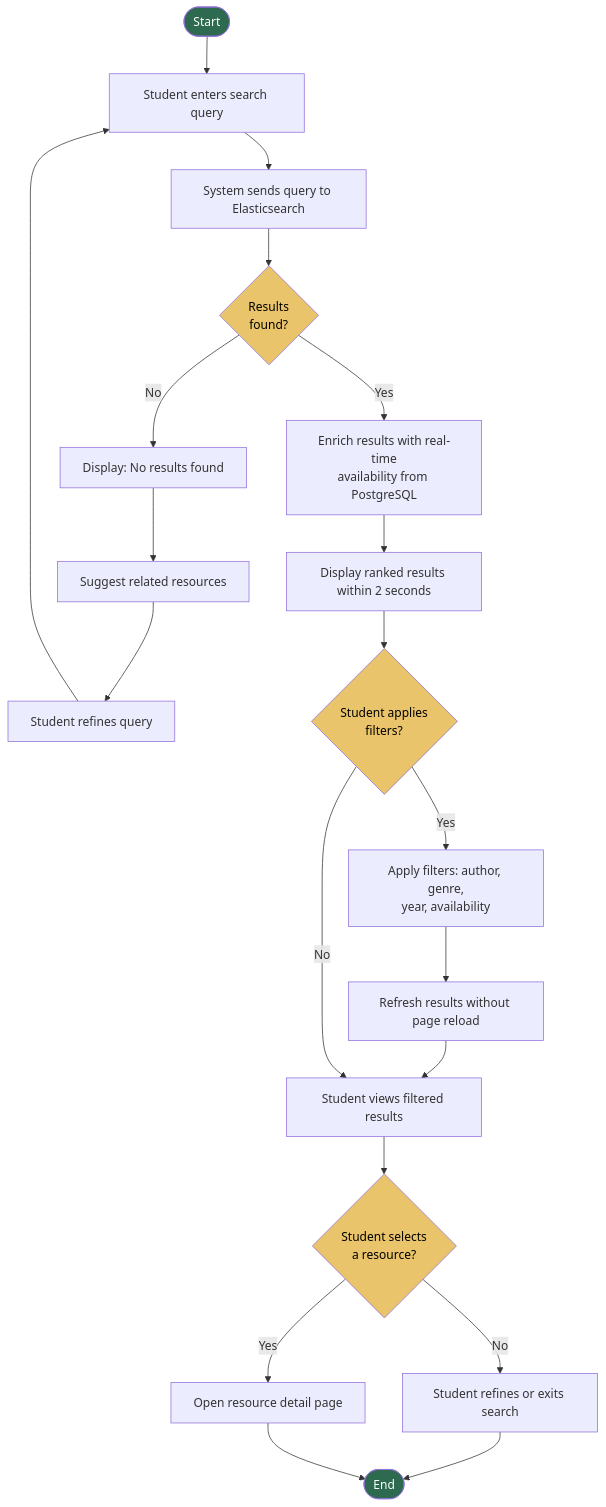
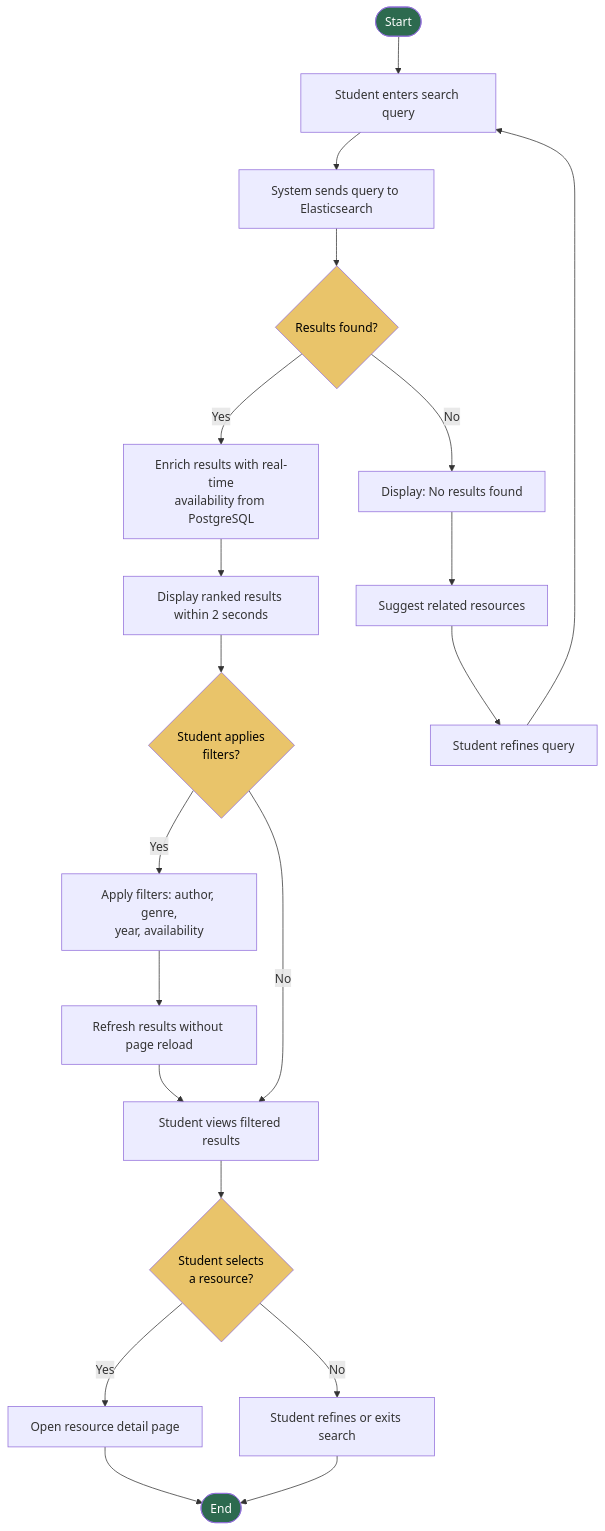
The second of 8 diagrams in ACTIVITY_DIAGRAMS.md (211225347/Smart-Academic-Library-Assistance-System-SALAS-), drawn with Mermaid before and after one commit. The commit also changed other lines of this file, not shown here.

````diff
--- a/ACTIVITY_DIAGRAMS.md
+++ b/ACTIVITY_DIAGRAMS.md
@@ -52,28 +58,28 @@
 ```mermaid
 flowchart TD
     A([Start]) --> B[Student enters search query]
     B --> C[System sends query to Elasticsearch]
-    C --> D{Results\nfound?}
-    D -- No --> E[Display: No results found]
-    E --> F[Suggest related resources]
-    F --> G[Student refines query]
-    G --> B
-    D -- Yes --> H[Enrich results with real-time\navailability from PostgreSQL]
-    H --> I[Display ranked results within 2 seconds]
+    C --> D{Results found?}
+    D -- Yes --> E[Enrich results with real-time\navailability from PostgreSQL]
+    D -- No --> F[Display: No results found]
+    F --> G[Suggest related resources]
+    G --> H[Student refines query]
+    H --> B
+    E --> I[Display ranked results within 2 seconds]
     I --> J{Student applies\nfilters?}
     J -- Yes --> K[Apply filters: author, genre,\nyear, availability]
     K --> L[Refresh results without page reload]
     L --> M[Student views filtered results]
     J -- No --> M
     M --> N{Student selects\na resource?}
-    N -- No --> O[Student refines or exits search]
+    N -- Yes --> O[Open resource detail page]
+    N -- No --> P[Student refines or exits search]
     O --> Z([End])
-    N -- Yes --> P[Open resource detail page]
     P --> Z
 
     style A fill:#2d6a4f,color:#fff
     style Z fill:#2d6a4f,color:#fff
     style D fill:#e9c46a,color:#000
     style J fill:#e9c46a,color:#000
     style N fill:#e9c46a,color:#000
 ```
````
